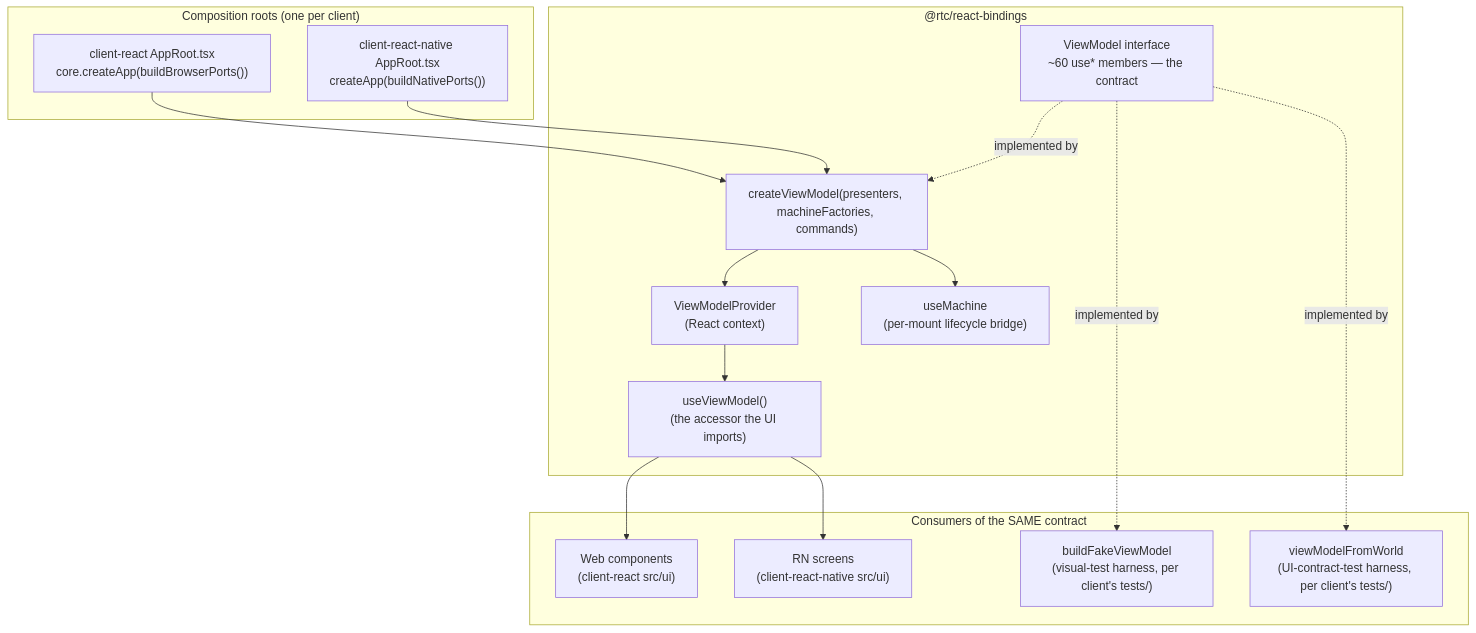
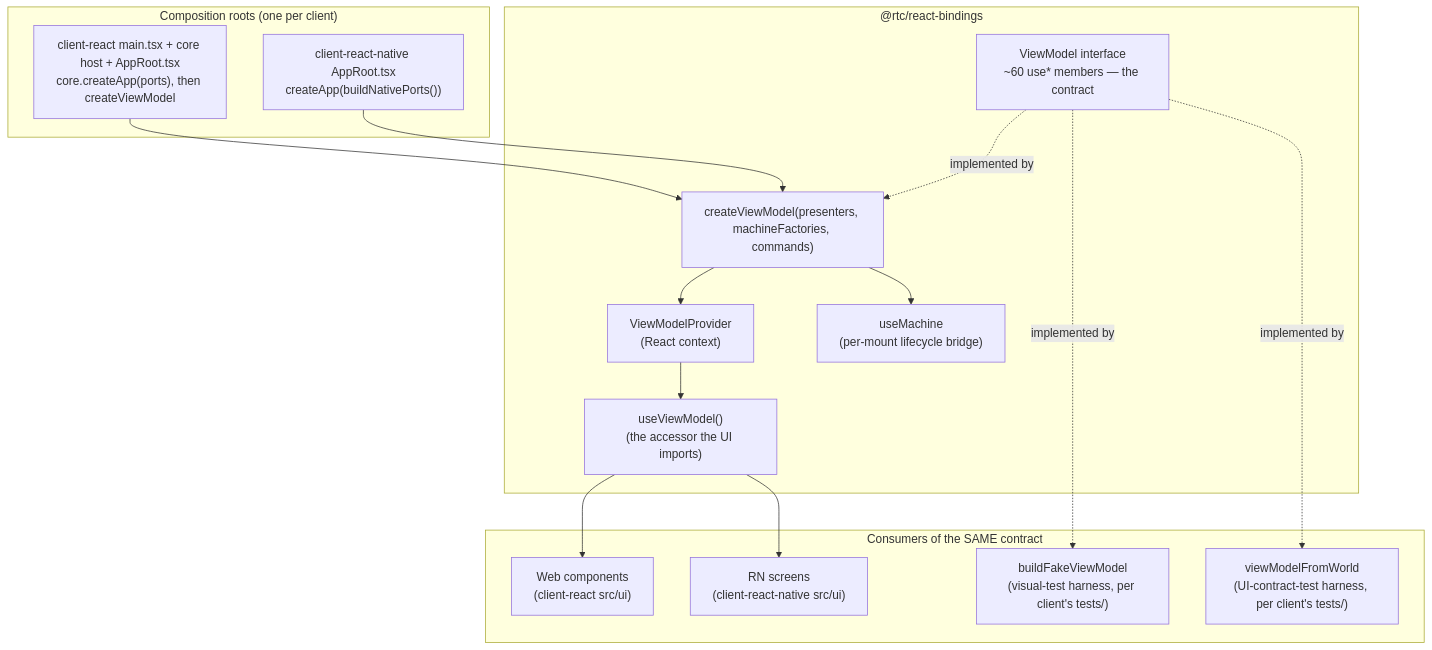
Diagram 11 of 11 in docs/architecture/03-uml-class-diagrams.md (bettersoftware-io/ReactiveTraderCloudClone), drawn with Mermaid before and after one commit. The commit also changed other lines of this file and 14 other files, not shown here.

First line of the commit message:
docs: hot swap — renumber to guarantee 8 / promise 11, the web composition root is main.tsx + the core host

````diff
--- a/docs/architecture/03-uml-class-diagrams.md
+++ b/docs/architecture/03-uml-class-diagrams.md
@@ -590,33 +590,33 @@
 ```mermaid
 flowchart TB
     subgraph bindings["@rtc/react-bindings"]
         VMtype["ViewModel interface<br/>~60 use* members — the contract"]
         factory["createViewModel(presenters, machineFactories, commands)"]
         provider["ViewModelProvider<br/>(React context)"]
         accessor["useViewModel()<br/>(the accessor the UI imports)"]
         um["useMachine<br/>(per-mount lifecycle bridge)"]
     end
 
     subgraph roots["Composition roots (one per client)"]
-        webRoot["client-react AppRoot.tsx<br/>core.createApp(buildBrowserPorts())"]
+        webRoot["client-react main.tsx + core host + AppRoot.tsx<br/>core.createApp(ports), then createViewModel"]
         rnRoot["client-react-native AppRoot.tsx<br/>createApp(buildNativePorts())"]
     end
 
     subgraph consumers["Consumers of the SAME contract"]
         webUI["Web components<br/>(client-react src/ui)"]
         rnUI["RN screens<br/>(client-react-native src/ui)"]
         fakeVm["buildFakeViewModel<br/>(visual-test harness, per client's tests/)"]
         worldVm["viewModelFromWorld<br/>(UI-contract-test harness, per client's tests/)"]
     end
 
     webRoot --> factory
     rnRoot --> factory
     factory --> provider
     provider --> accessor
     factory --> um
     accessor --> webUI
     accessor --> rnUI
     VMtype -.implemented by.-> factory
     VMtype -.implemented by.-> fakeVm
     VMtype -.implemented by.-> worldVm
 ```
````
